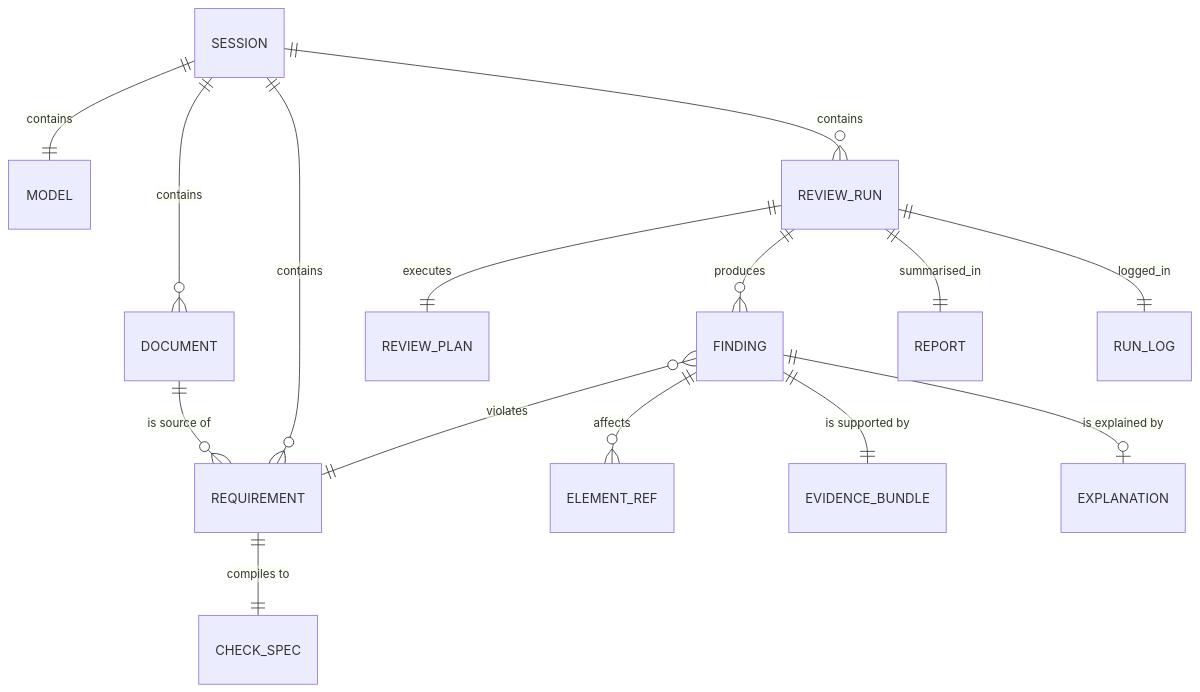
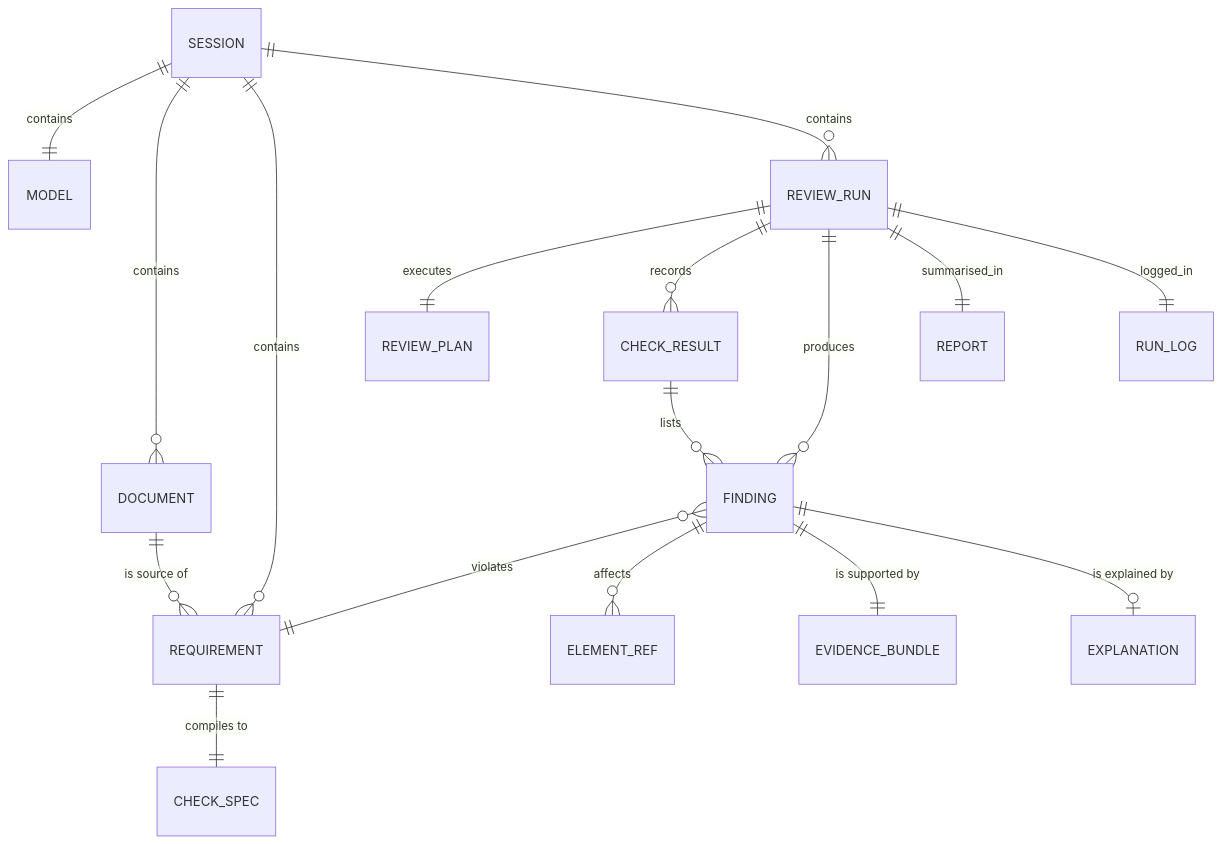
Before and after one commit to natnew/BIM-Intelligence: the seventh of 9 diagrams in docs/ARCHITECTURE.md, drawn with Mermaid. The commit also changed other lines of this file and 34 other files, not shown here.

First line of the commit message:
feat(schemas): add deterministic contracts and minimal IFC fixture

````diff
--- a/docs/ARCHITECTURE.md
+++ b/docs/ARCHITECTURE.md
@@ -412,17 +412,19 @@
 ```mermaid
 erDiagram
     SESSION ||--|| MODEL : contains
     SESSION ||--o{ DOCUMENT : contains
     SESSION ||--o{ REQUIREMENT : contains
     SESSION ||--o{ REVIEW_RUN : contains
     DOCUMENT ||--o{ REQUIREMENT : "is source of"
     REQUIREMENT ||--|| CHECK_SPEC : "compiles to"
     REVIEW_RUN ||--|| REVIEW_PLAN : executes
+    REVIEW_RUN ||--o{ CHECK_RESULT : records
+    CHECK_RESULT ||--o{ FINDING : lists
     REVIEW_RUN ||--o{ FINDING : produces
     FINDING }o--|| REQUIREMENT : violates
     FINDING ||--o{ ELEMENT_REF : affects
     FINDING ||--|| EVIDENCE_BUNDLE : "is supported by"
     FINDING ||--o| EXPLANATION : "is explained by"
     REVIEW_RUN ||--|| REPORT : summarised_in
     REVIEW_RUN ||--|| RUN_LOG : logged_in
 ```
````
